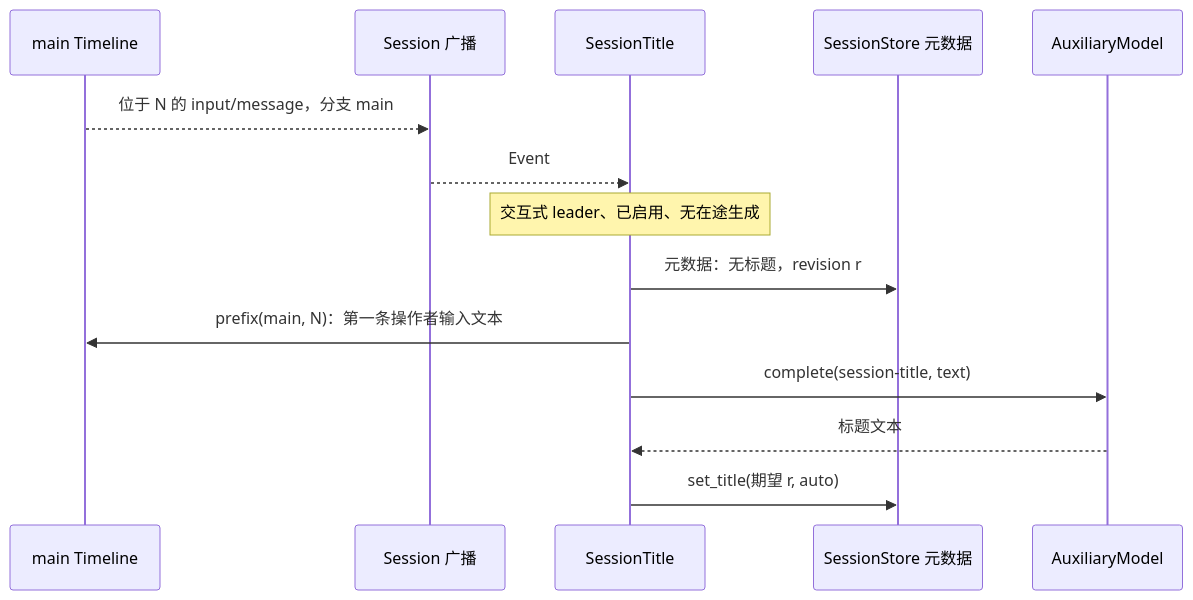
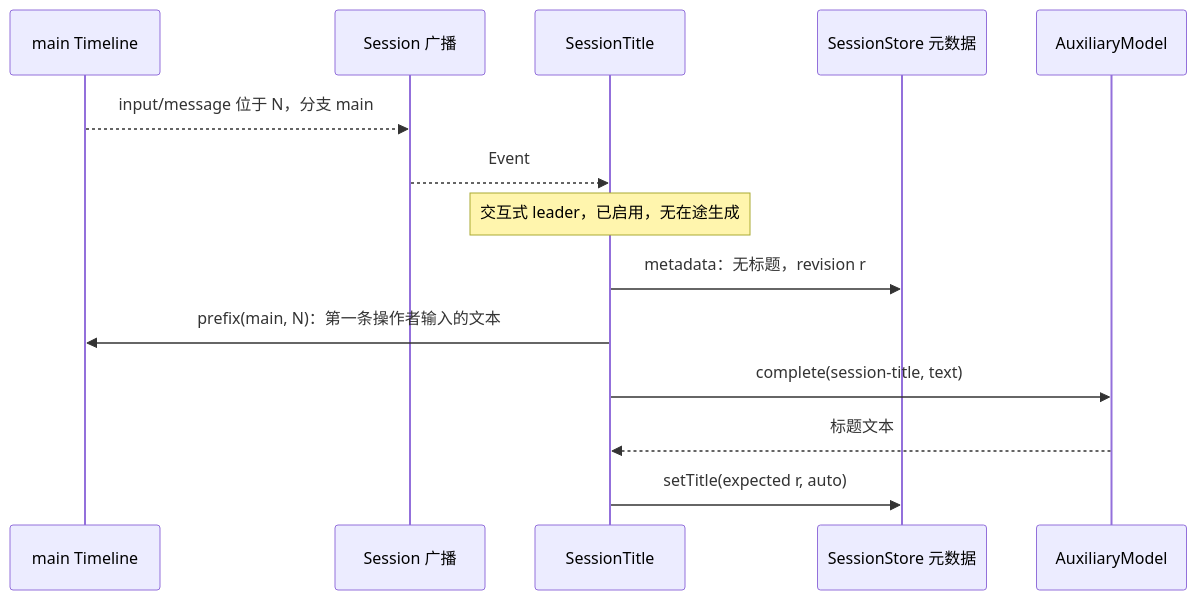
Before and after one commit to CoutinhoTTS/dim-agent: the third of 5 diagrams in docs/zh/design/plugins/SessionTitle.md, drawn with Mermaid. The commit also changed other lines of this file and 18 other files, not shown here.

````diff
--- a/docs/zh/design/plugins/SessionTitle.md
+++ b/docs/zh/design/plugins/SessionTitle.md
@@ -68,16 +68,16 @@
 ```mermaid
 sequenceDiagram
   participant TL as main Timeline
   participant SB as Session 广播
   participant ST as SessionTitle
   participant Meta as SessionStore 元数据
   participant Aux as AuxiliaryModel
-  TL-->>SB: 位于 N 的 input/message，分支 main
+  TL-->>SB: input/message 位于 N，分支 main
   SB-->>ST: Event
-  Note over ST: 交互式 leader、已启用、无在途生成
-  ST->>Meta: 元数据：无标题，revision r
-  ST->>TL: prefix(main, N)：第一条操作者输入文本
+  Note over ST: 交互式 leader，已启用，无在途生成
+  ST->>Meta: metadata：无标题，revision r
+  ST->>TL: prefix(main, N)：第一条操作者输入的文本
   ST->>Aux: complete(session-title, text)
   Aux-->>ST: 标题文本
-  ST->>Meta: set_title(期望 r, auto)
+  ST->>Meta: setTitle(expected r, auto)
 ```
````
